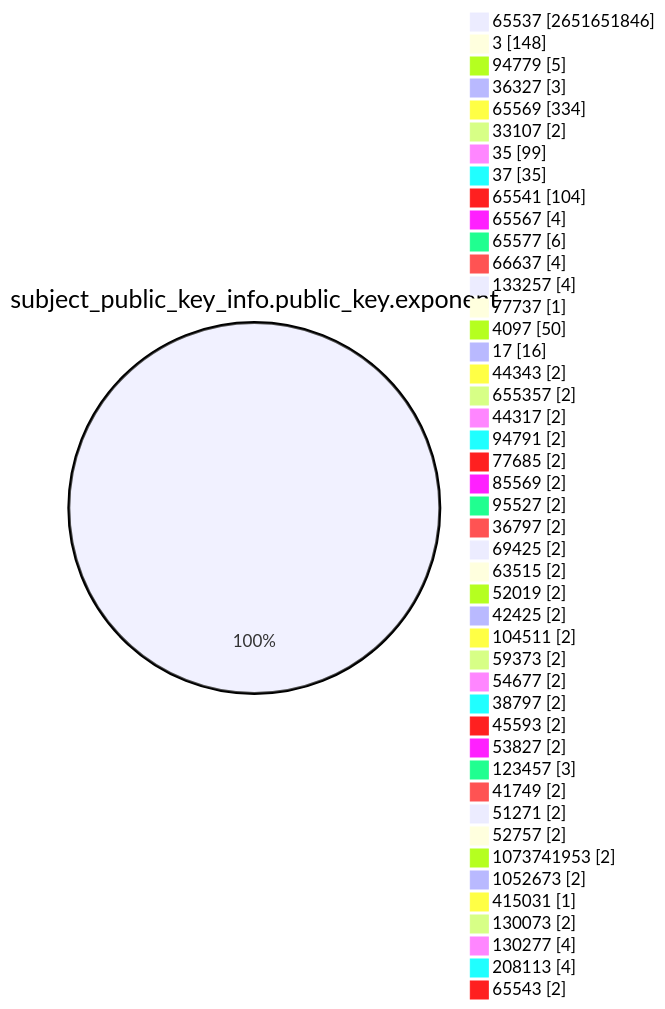
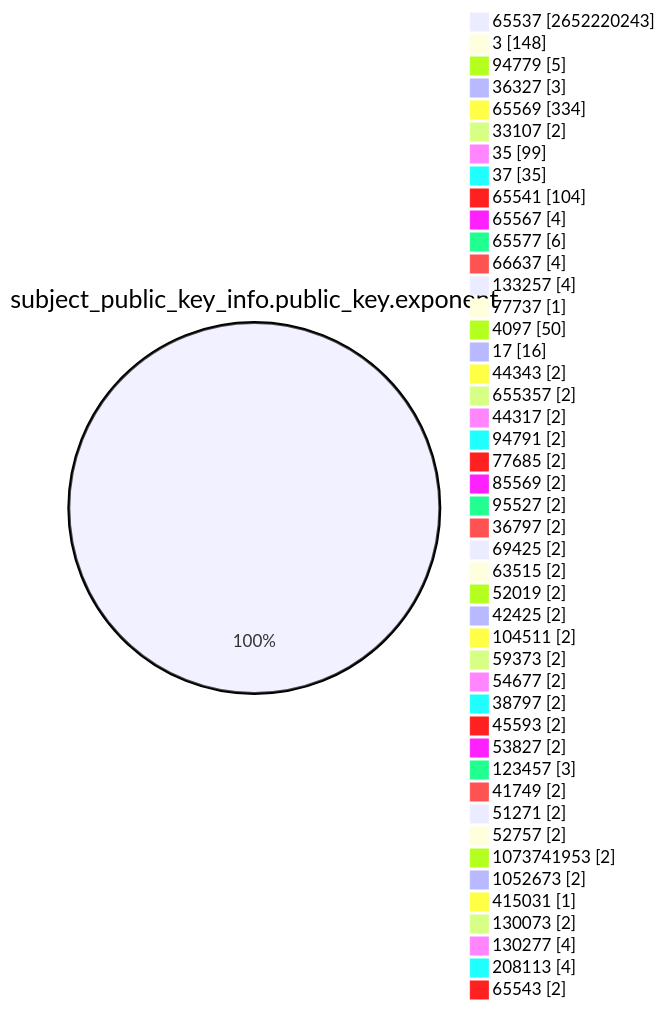
The fourth of 15 diagrams in TOTAL/README.md (christiankrug/ctmonitor_visualization), drawn with Mermaid before and after one commit. The commit also changed other lines of this file, not shown here.

````diff
--- a/TOTAL/README.md
+++ b/TOTAL/README.md
@@ -1466,49 +1466,49 @@
 ```mermaid
 pie showData
 title subject_public_key_info.public_key.exponent
-"65537" :2651651846
+"65537" :2652220243
 "3" :148
 "94779" :5
 "36327" :3
 "65569" :334
 "33107" :2
 "35" :99
 "37" :35
 "65541" :104
 "65567" :4
 "65577" :6
 "66637" :4
 "133257" :4
 "77737" :1
 "4097" :50
 "17" :16
 "44343" :2
 "655357" :2
 "44317" :2
 "94791" :2
 "77685" :2
 "85569" :2
 "95527" :2
 "36797" :2
 "69425" :2
 "63515" :2
 "52019" :2
 "42425" :2
 "104511" :2
 "59373" :2
 "54677" :2
 "38797" :2
 "45593" :2
 "53827" :2
 "123457" :3
 "41749" :2
 "51271" :2
 "52757" :2
 "1073741953" :2
 "1052673" :2
 "415031" :1
 "130073" :2
 "130277" :4
 "208113" :4
 "65543" :2
 ```
````
